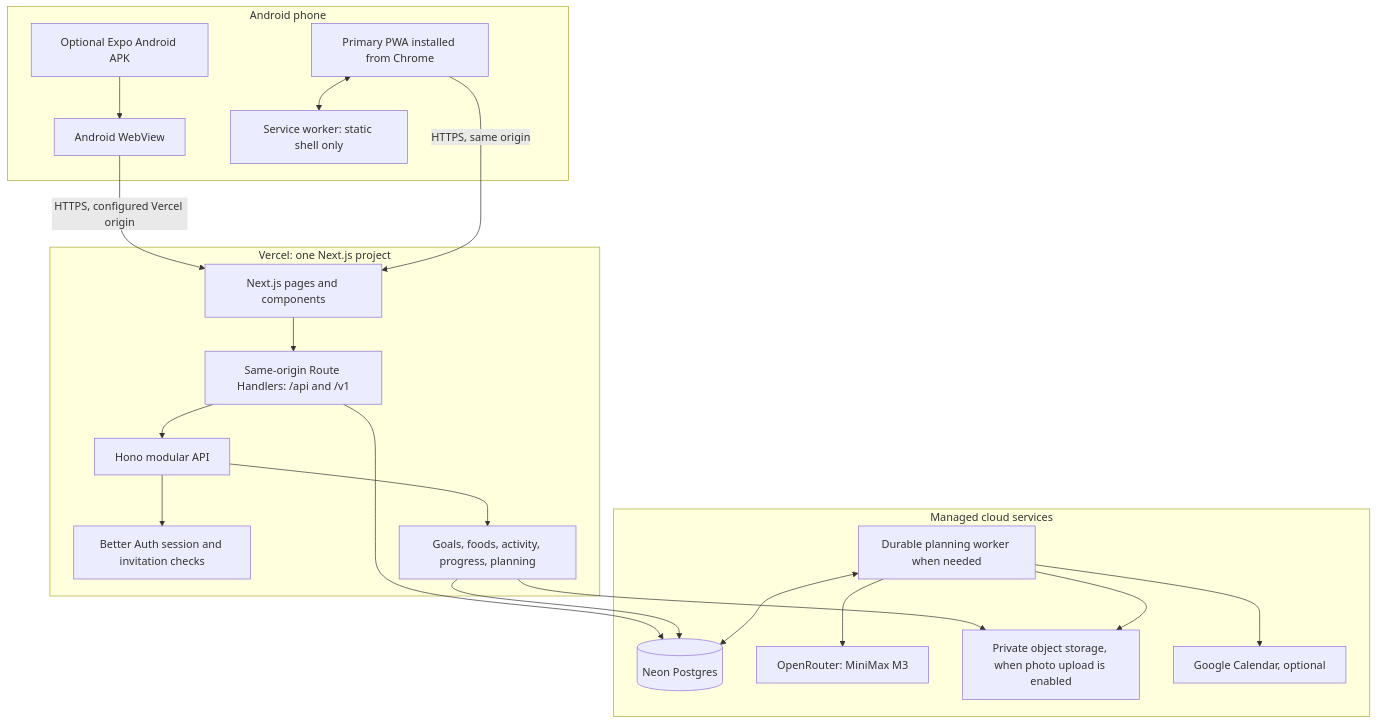
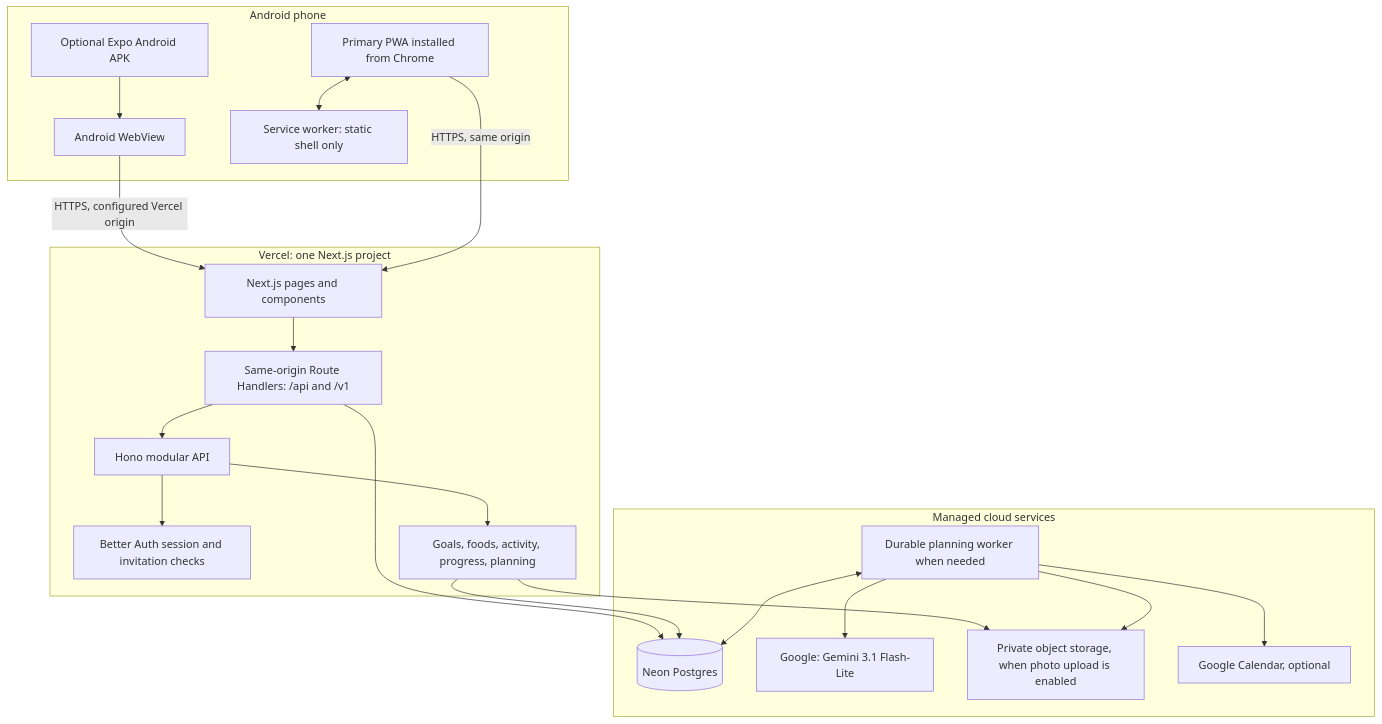
Before and after one commit to siddharthg2309/healthcare: the first of 5 diagrams in docs/IMPLEMENTATION_PLAN.md, drawn with Mermaid. The commit also changed other lines of this file and 13 other files, not shown here.

````diff
--- a/docs/IMPLEMENTATION_PLAN.md
+++ b/docs/IMPLEMENTATION_PLAN.md
@@ -376,41 +376,41 @@
 ```mermaid
 flowchart TB
   subgraph Android[Android phone]
     Browser[Primary PWA installed from Chrome]
     APK[Optional Expo Android APK]
     WebView[Android WebView]
     SW[Service worker: static shell only]
     Browser <--> SW
     APK --> WebView
   end
 
   subgraph Vercel[Vercel: one Next.js project]
     UI[Next.js pages and components]
     Routes[Same-origin Route Handlers: /api and /v1]
     Hono[Hono modular API]
     Auth[Better Auth session and invitation checks]
     Domain[Goals, foods, activity, progress, planning]
     UI --> Routes
     Routes --> Hono
     Hono --> Auth
     Hono --> Domain
   end
 
   subgraph Cloud[Managed cloud services]
     DB[(Neon Postgres)]
     Worker[Durable planning worker when needed]
-    Model[OpenRouter: MiniMax M3]
+    Model[Google: Gemini 3.1 Flash-Lite]
     Storage[Private object storage, when photo upload is enabled]
     Calendar[Google Calendar, optional]
   end
 
   WebView -->|HTTPS, configured Vercel origin| UI
   Browser -->|HTTPS, same origin| UI
   Routes --> DB
   Domain --> DB
   Worker <--> DB
   Worker --> Model
   Domain --> Storage
   Worker --> Storage
   Worker --> Calendar
 ```
````
